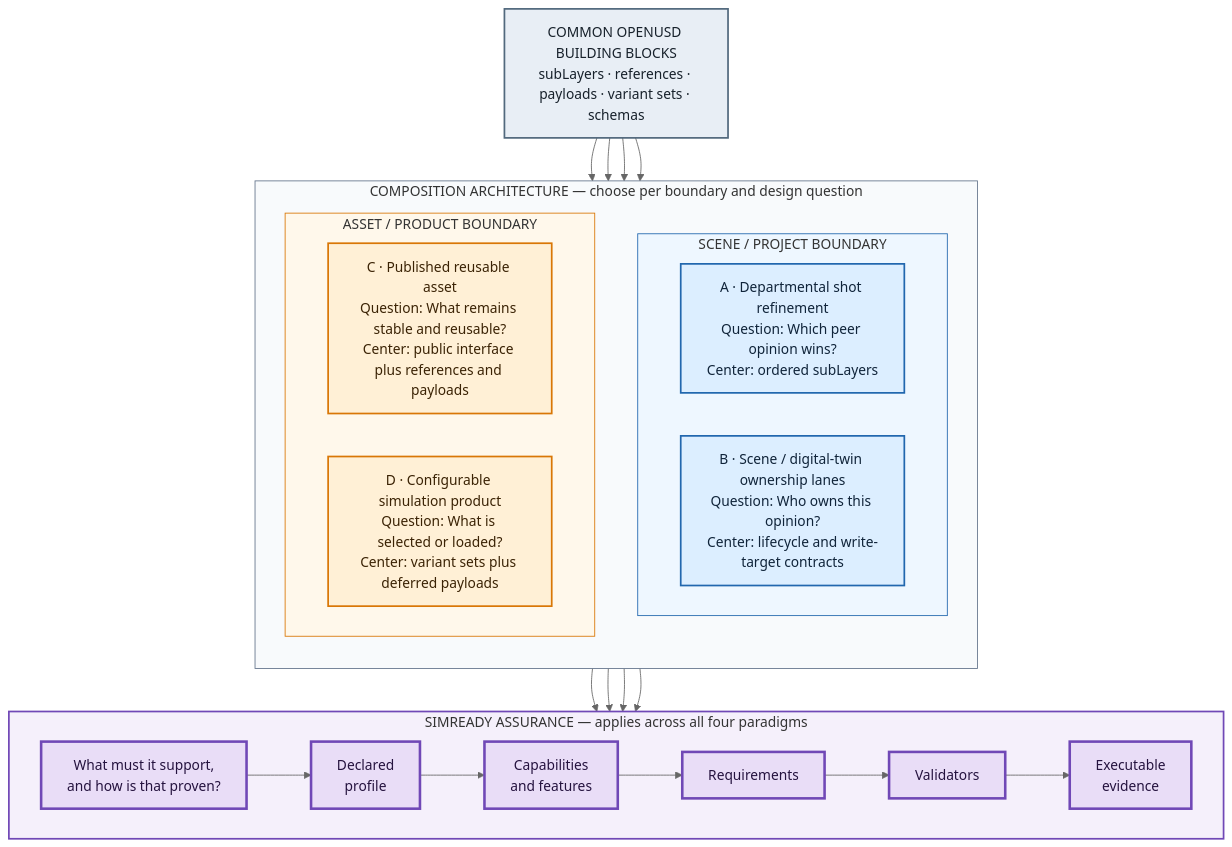
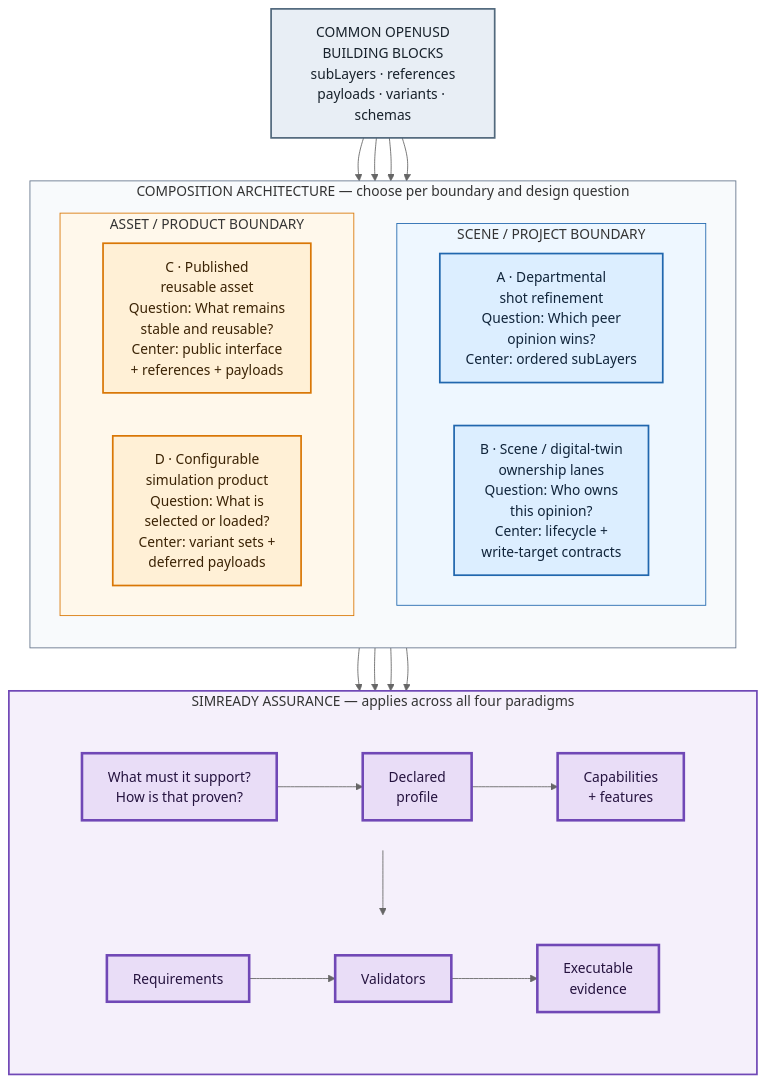
The first of 21 diagrams in WIP_Docs/LAYER_ORDER_REFERENCES_RESEARCH.md (jph2/USD_GoodStart), drawn with Mermaid (neutral theme) before and after one commit. The commit also changed other lines of this file, not shown here.

Commit message:
Fix Mermaid label clipping in research diagrams

````diff
--- a/WIP_Docs/LAYER_ORDER_REFERENCES_RESEARCH.md
+++ b/WIP_Docs/LAYER_ORDER_REFERENCES_RESEARCH.md
@@ -79,54 +79,63 @@
 ```mermaid
 flowchart TB
-    Foundation["COMMON OPENUSD BUILDING BLOCKS<br/>subLayers · references · payloads · variant sets · schemas"]
+    Foundation["COMMON OPENUSD<br/>BUILDING BLOCKS<br/>subLayers · references<br/>payloads · variants · schemas"]
 
     subgraph Architecture["COMPOSITION ARCHITECTURE — choose per boundary and design question"]
         direction TB
 
         subgraph SceneBoundary["SCENE / PROJECT BOUNDARY"]
             direction LR
-            Departmental["A · Departmental shot refinement<br/>Question: Which peer opinion wins?<br/>Center: ordered subLayers"]
-            Ownership["B · Scene / digital-twin ownership lanes<br/>Question: Who owns this opinion?<br/>Center: lifecycle and write-target contracts"]
+            Departmental["A · Departmental<br/>shot refinement<br/>Question: Which peer<br/>opinion wins?<br/>Center: ordered subLayers"]
+            Ownership["B · Scene / digital-twin<br/>ownership lanes<br/>Question: Who owns<br/>this opinion?<br/>Center: lifecycle +<br/>write-target contracts"]
         end
 
         subgraph AssetBoundary["ASSET / PRODUCT BOUNDARY"]
             direction LR
-            Published["C · Published reusable asset<br/>Question: What remains stable and reusable?<br/>Center: public interface plus references and payloads"]
-            Configurable["D · Configurable simulation product<br/>Question: What is selected or loaded?<br/>Center: variant sets plus deferred payloads"]
+            Published["C · Published<br/>reusable asset<br/>Question: What remains<br/>stable and reusable?<br/>Center: public interface<br/>+ references + payloads"]
+            Configurable["D · Configurable<br/>simulation product<br/>Question: What is<br/>selected or loaded?<br/>Center: variant sets +<br/>deferred payloads"]
         end
     end
 
     subgraph Assurance["SIMREADY ASSURANCE — applies across all four paradigms"]
-        direction LR
-        AssuranceQuestion["What must it support,<br/>and how is that proven?"]
-        Profile["Declared<br/>profile"]
-        Capability["Capabilities<br/>and features"]
-        Requirement["Requirements"]
-        Validator["Validators"]
-        Evidence["Executable<br/>evidence"]
-
-        AssuranceQuestion --> Profile --> Capability --> Requirement --> Validator --> Evidence
+        direction TB
+        subgraph AssuranceRow1[" "]
+            direction LR
+            AssuranceQuestion["What must it support?<br/>How is that proven?"]
+            Profile["Declared<br/>profile"]
+            Capability["Capabilities<br/>+ features"]
+            AssuranceQuestion --> Profile --> Capability
+        end
+        subgraph AssuranceRow2[" "]
+            direction LR
+            Requirement["Requirements"]
+            Validator["Validators"]
+            Evidence["Executable<br/>evidence"]
+            Requirement --> Validator --> Evidence
+        end
+        Capability --> Requirement
     end
 
     Foundation --> Departmental
     Foundation --> Ownership
     Foundation --> Published
     Foundation --> Configurable
     Departmental --> Assurance
     Ownership --> Assurance
     Published --> Assurance
     Configurable --> Assurance
 
     classDef foundation fill:#e8eef5,stroke:#52697d,color:#17212b,stroke-width:2px
     classDef scene fill:#dceeff,stroke:#2167ae,color:#10243a,stroke-width:2px
     classDef asset fill:#fff0d6,stroke:#d97706,color:#3b2305,stroke-width:2px
     classDef assurance fill:#e9ddf7,stroke:#7048b6,color:#25133f,stroke-width:3px
     class Foundation foundation
     class Departmental,Ownership scene
     class Published,Configurable asset
     class AssuranceQuestion,Profile,Capability,Requirement,Validator,Evidence assurance
     style Architecture fill:#f8fafc,stroke:#64748b,stroke-width:1px
     style SceneBoundary fill:#eef7ff,stroke:#2167ae,stroke-width:1px
     style AssetBoundary fill:#fff8eb,stroke:#d97706,stroke-width:1px
     style Assurance fill:#f5f0fb,stroke:#7048b6,stroke-width:2px
+    style AssuranceRow1 fill:none,stroke:none
+    style AssuranceRow2 fill:none,stroke:none
 ```
````
